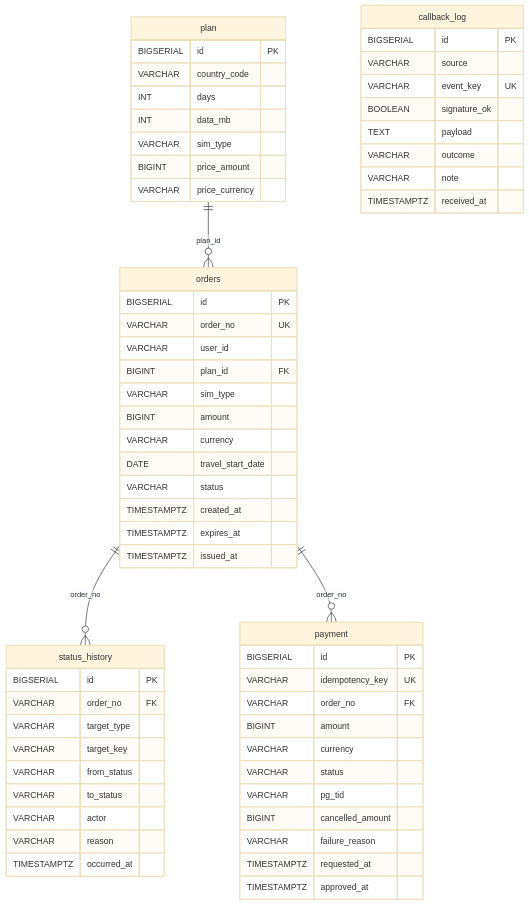
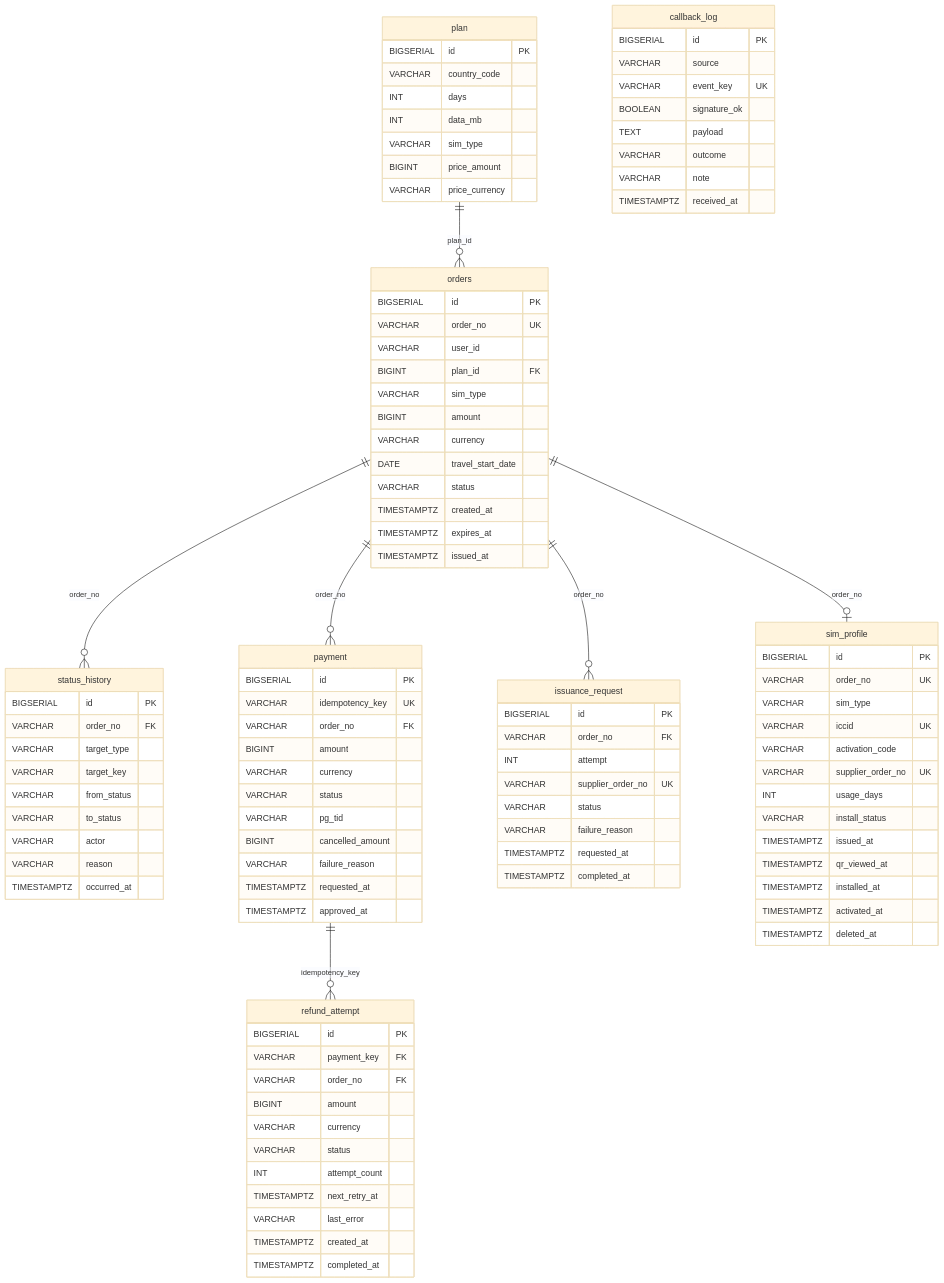
One commit to Voyager003/ROAMPASS_SERVER changed the fifth of 5 diagrams in README.md. Above: the diagram before and after it, drawn with Mermaid (base theme). The commit also changed other lines of this file and 2 other files, not shown here.

Commit message:
docs: P4 문서 정리 — 발급·환불 상태 설명, 중복 콜백·발급 실패 테스트 결과, 공급사 트랜잭션 경계, 공급사 장애 주입 시연, ERD, 결정 #82~#87

````diff
--- a/README.md
+++ b/README.md
@@ -373,6 +437,9 @@
     plan ||--o{ orders : "plan_id"
     orders ||--o{ status_history : "order_no"
     orders ||--o{ payment : "order_no"
+    orders ||--o{ issuance_request : "order_no"
+    orders ||--o| sim_profile : "order_no"
+    payment ||--o{ refund_attempt : "idempotency_key"
     plan {
         BIGSERIAL id PK
         VARCHAR country_code
@@ -430,4 +497,42 @@
         VARCHAR note
         TIMESTAMPTZ received_at
     }
+    issuance_request {
+        BIGSERIAL id PK
+        VARCHAR order_no FK
+        INT attempt
+        VARCHAR supplier_order_no UK
+        VARCHAR status
+        VARCHAR failure_reason
+        TIMESTAMPTZ requested_at
+        TIMESTAMPTZ completed_at
+    }
+    sim_profile {
+        BIGSERIAL id PK
+        VARCHAR order_no UK
+        VARCHAR sim_type
+        VARCHAR iccid UK
+        VARCHAR activation_code
+        VARCHAR supplier_order_no UK
+        INT usage_days
+        VARCHAR install_status
+        TIMESTAMPTZ issued_at
+        TIMESTAMPTZ qr_viewed_at
+        TIMESTAMPTZ installed_at
+        TIMESTAMPTZ activated_at
+        TIMESTAMPTZ deleted_at
+    }
+    refund_attempt {
+        BIGSERIAL id PK
+        VARCHAR payment_key FK
+        VARCHAR order_no FK
+        BIGINT amount
+        VARCHAR currency
+        VARCHAR status
+        INT attempt_count
+        TIMESTAMPTZ next_retry_at
+        VARCHAR last_error
+        TIMESTAMPTZ created_at
+        TIMESTAMPTZ completed_at
+    }
 ```
````
